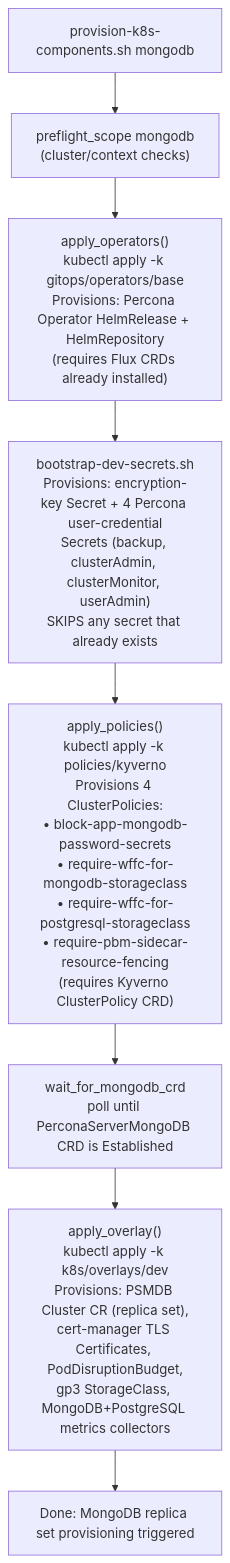
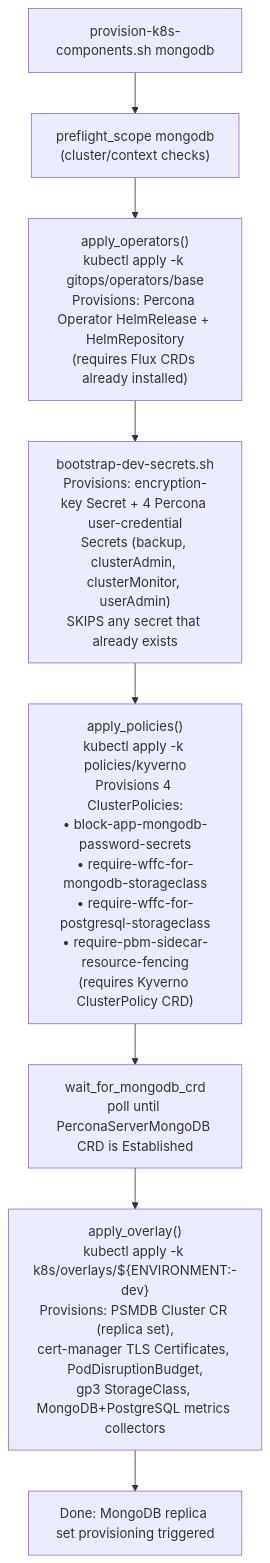
Before and after one commit to sml-global/mongodb: the third of 12 diagrams in docs/references/provisioning-flows-and-infra-diagrams.md, drawn with Mermaid. The commit also changed other lines of this file and 39 other files, not shown here.

````diff
--- a/docs/references/provisioning-flows-and-infra-diagrams.md
+++ b/docs/references/provisioning-flows-and-infra-diagrams.md
@@ -143,10 +143,10 @@
 ```mermaid
 flowchart TD
   A["provision-k8s-components.sh mongodb"] --> B["preflight_scope mongodb<br/>(cluster/context checks)"]
   B --> C["apply_operators()<br/>kubectl apply -k gitops/operators/base<br/>Provisions: Percona Operator HelmRelease + HelmRepository<br/>(requires Flux CRDs already installed)"]
   C --> D["bootstrap-dev-secrets.sh<br/>Provisions: encryption-key Secret + 4 Percona user-credential<br/>Secrets (backup, clusterAdmin, clusterMonitor, userAdmin)<br/>SKIPS any secret that already exists"]
   D --> E["apply_policies()<br/>kubectl apply -k policies/kyverno<br/>Provisions 4 ClusterPolicies:<br/>• block-app-mongodb-password-secrets<br/>• require-wffc-for-mongodb-storageclass<br/>• require-wffc-for-postgresql-storageclass<br/>• require-pbm-sidecar-resource-fencing<br/>(requires Kyverno ClusterPolicy CRD)"]
   E --> F["wait_for_mongodb_crd<br/>poll until PerconaServerMongoDB CRD is Established"]
-  F --> G["apply_overlay()<br/>kubectl apply -k k8s/overlays/dev<br/>Provisions: PSMDB Cluster CR (replica set),<br/>cert-manager TLS Certificates, PodDisruptionBudget,<br/>gp3 StorageClass, MongoDB+PostgreSQL metrics collectors"]
+  F --> G["apply_overlay()<br/>kubectl apply -k k8s/overlays/${ENVIRONMENT:-dev}<br/>Provisions: PSMDB Cluster CR (replica set),<br/>cert-manager TLS Certificates, PodDisruptionBudget,<br/>gp3 StorageClass, MongoDB+PostgreSQL metrics collectors"]
   G --> H[Done: MongoDB replica set provisioning triggered]
 ```
````
